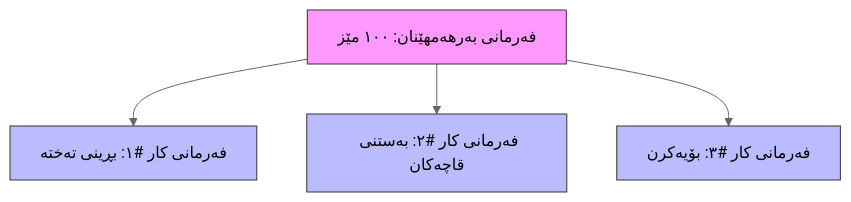
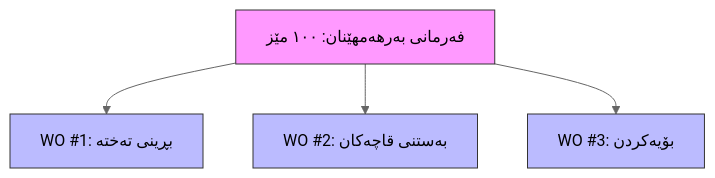
The diagram in docs/User Guide/understanding-work-orders.ckb.md (Xoshbin/kezi-ERP), drawn with Mermaid (neutral theme) before and after one commit. The commit also changed other lines of this file and 20 other files, not shown here.

````diff
--- a/docs/User Guide/understanding-work-orders.ckb.md
+++ b/docs/User Guide/understanding-work-orders.ckb.md
@@ -30,11 +30,11 @@
 ```mermaid
 graph TD
-    MO[فەرمانی بەرهەمهێنان: ١٠٠ مێز] --> WO1[فەرمانی کار #١: بڕینی تەختە]
-    MO --> WO2[فەرمانی کار #٢: بەستنی قاچەکان]
-    MO --> WO3[فەرمانی کار #٣: بۆیەکرن]
+    MO[فەرمانی بەرهەمهێنان: ١٠٠ مێز] --> WO1[WO #1: بڕینی تەختە]
+    MO --> WO2[WO #2: بەستنی قاچەکان]
+    MO --> WO3[WO #3: بۆیەکردن]
     
     style MO fill:#f9f,stroke:#333
     style WO1 fill:#bbf,stroke:#333
     style WO2 fill:#bbf,stroke:#333
     style WO3 fill:#bbf,stroke:#333
 ```
````
